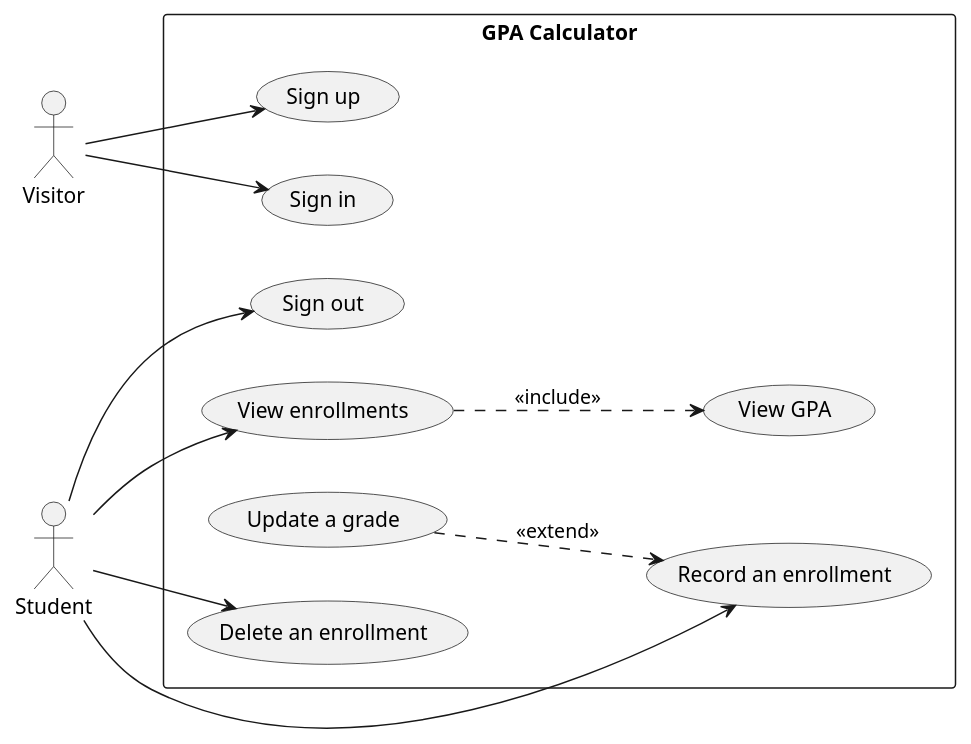
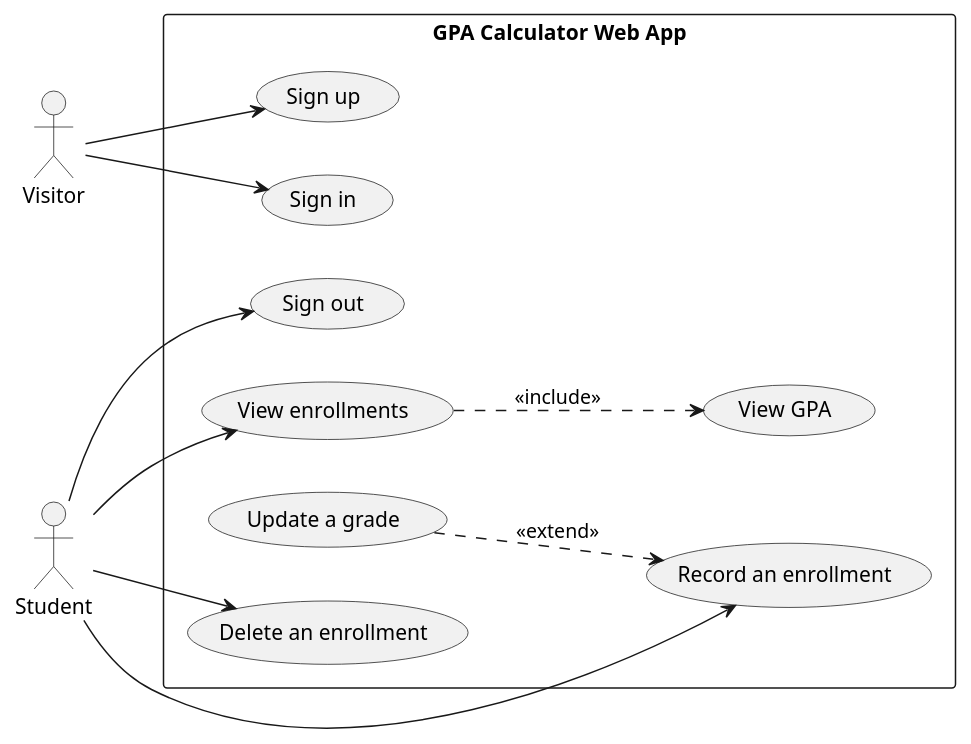
The second of 2 diagrams in .agents/skills/uml/SKILL.md (AdenPotato/CS3250-project-1), drawn with PlantUML before and after one commit. The commit also changed 6 other files, not shown here.

Commit message:
CS-01 Made use case uml and display png

````diff
--- a/.agents/skills/uml/SKILL.md
+++ b/.agents/skills/uml/SKILL.md
@@ -59,29 +59,29 @@
 ```plantuml
 @startuml use_case
 left to right direction
 
 actor Visitor
 actor Student
 
-rectangle "GPA Calculator" {
+rectangle "GPA Calculator Web App" {
   usecase UC1 as "Sign up"
   usecase UC2 as "Sign in"
   usecase UC3 as "Sign out"
   usecase UC4 as "View enrollments"
   usecase UC5 as "View GPA"
   usecase UC6 as "Record an enrollment"
   usecase UC7 as "Update a grade"
   usecase UC8 as "Delete an enrollment"
 }
 
 Visitor --> UC1
 Visitor --> UC2
 Student --> UC3
 Student --> UC4
 Student --> UC6
 Student --> UC8
 
 UC4 ..> UC5 : <<include>>
 UC7 ..> UC6 : <<extend>>
 @enduml
 ```
````
